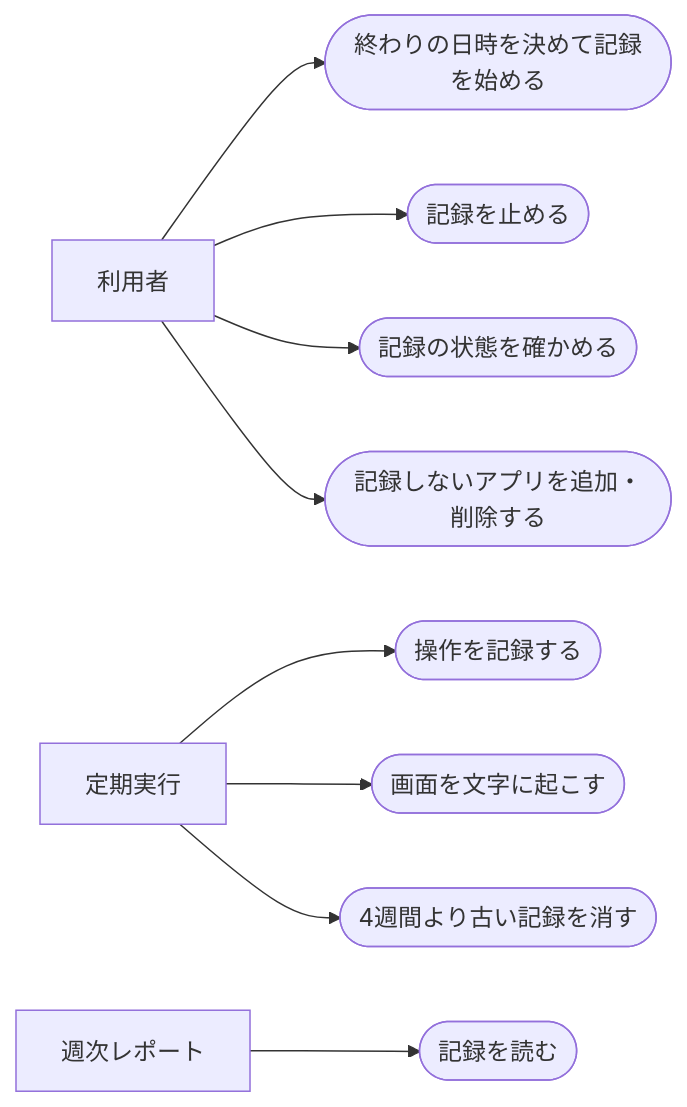
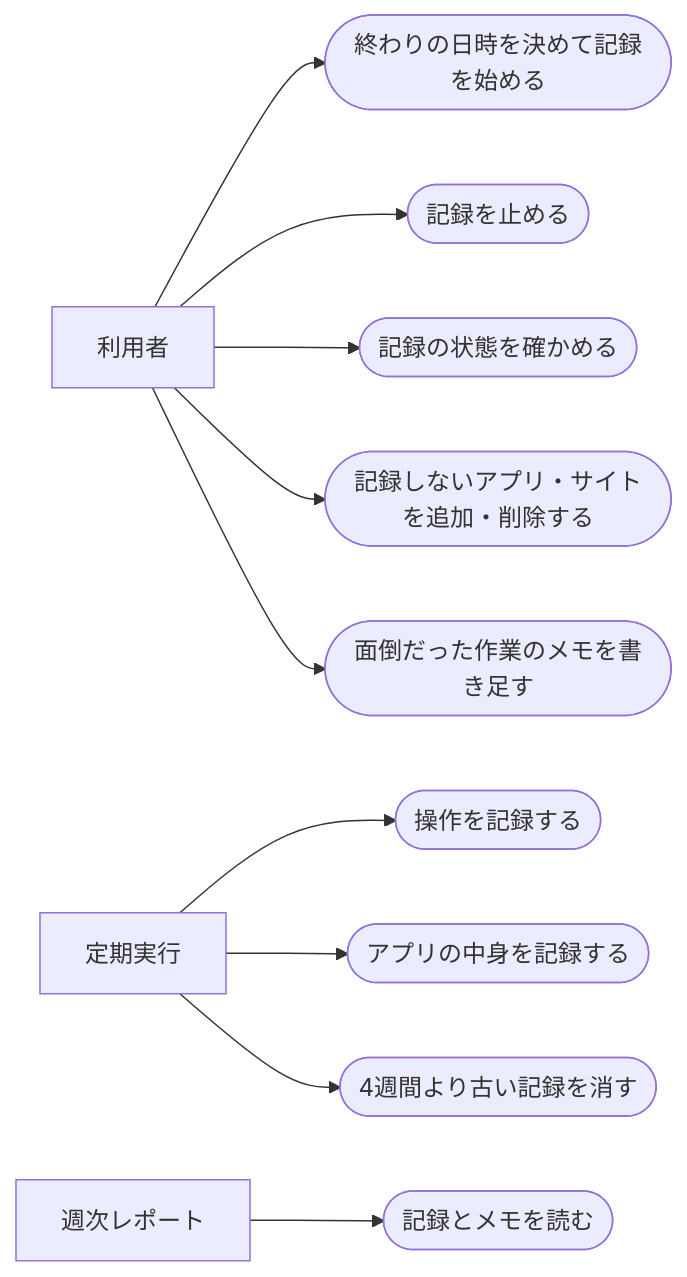
Before and after one commit to dnode-ryosuke-yamazaki/study: the diagram in apps/routine-work-finder/specs/activity-recording/requirements.md, drawn with Mermaid. The commit also changed other lines of this file and 4 other files, not shown here.

````diff
--- a/apps/routine-work-finder/specs/activity-recording/requirements.md
+++ b/apps/routine-work-finder/specs/activity-recording/requirements.md
@@ -26,11 +25,12 @@
 ```mermaid
 flowchart LR
     user["利用者"] --> start(["終わりの日時を決めて記録を始める"])
     user --> stop(["記録を止める"])
     user --> status(["記録の状態を確かめる"])
-    user --> exclude(["記録しないアプリを追加・削除する"])
+    user --> exclude(["記録しないアプリ・サイトを追加・削除する"])
+    user --> memo(["面倒だった作業のメモを書き足す"])
     timer["定期実行"] --> log(["操作を記録する"])
-    timer --> ocr(["画面を文字に起こす"])
+    timer --> content(["アプリの中身を記録する"])
     timer --> purge(["4週間より古い記録を消す"])
-    report["週次レポート"] --> read(["記録を読む"])
+    report["週次レポート"] --> read(["記録とメモを読む"])
 ```
````
